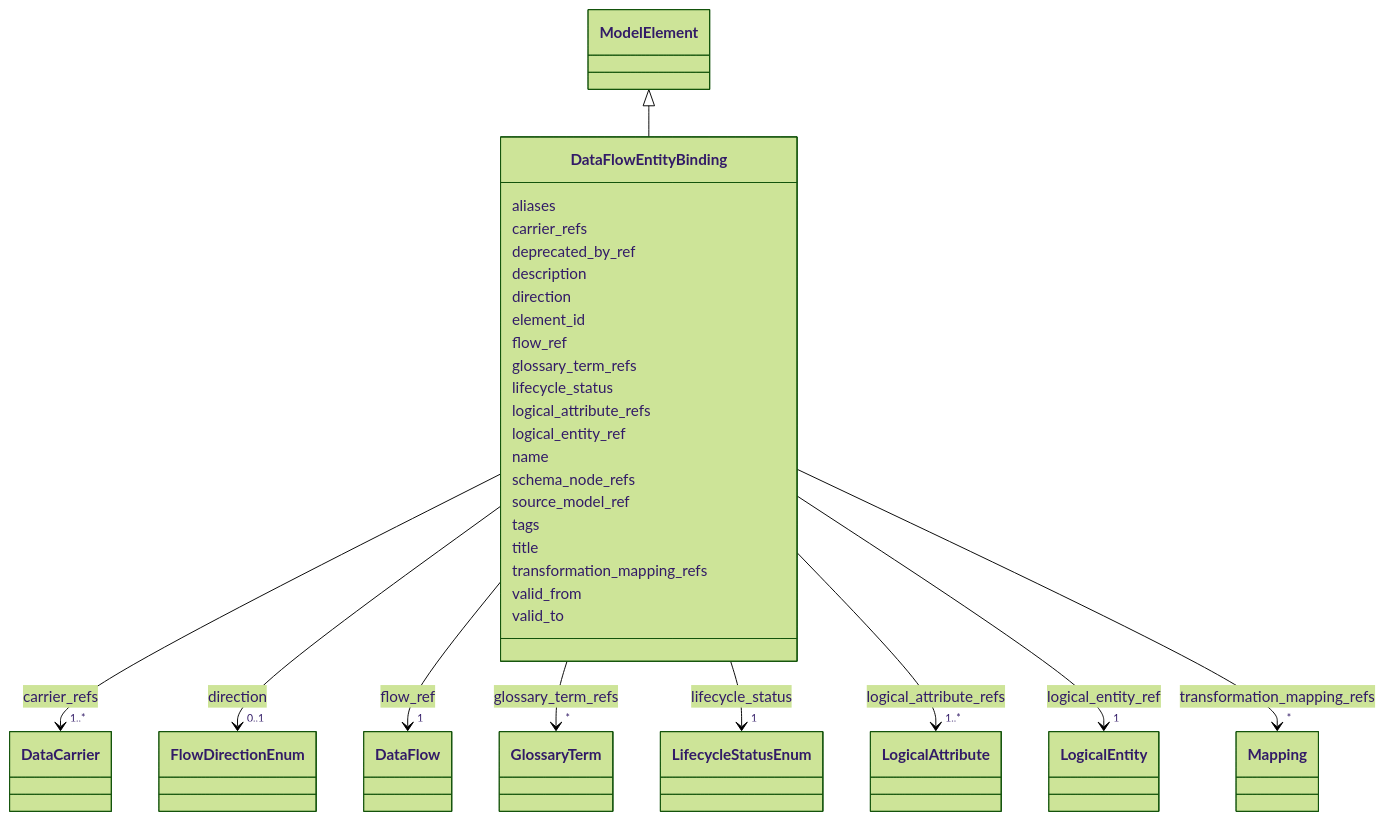
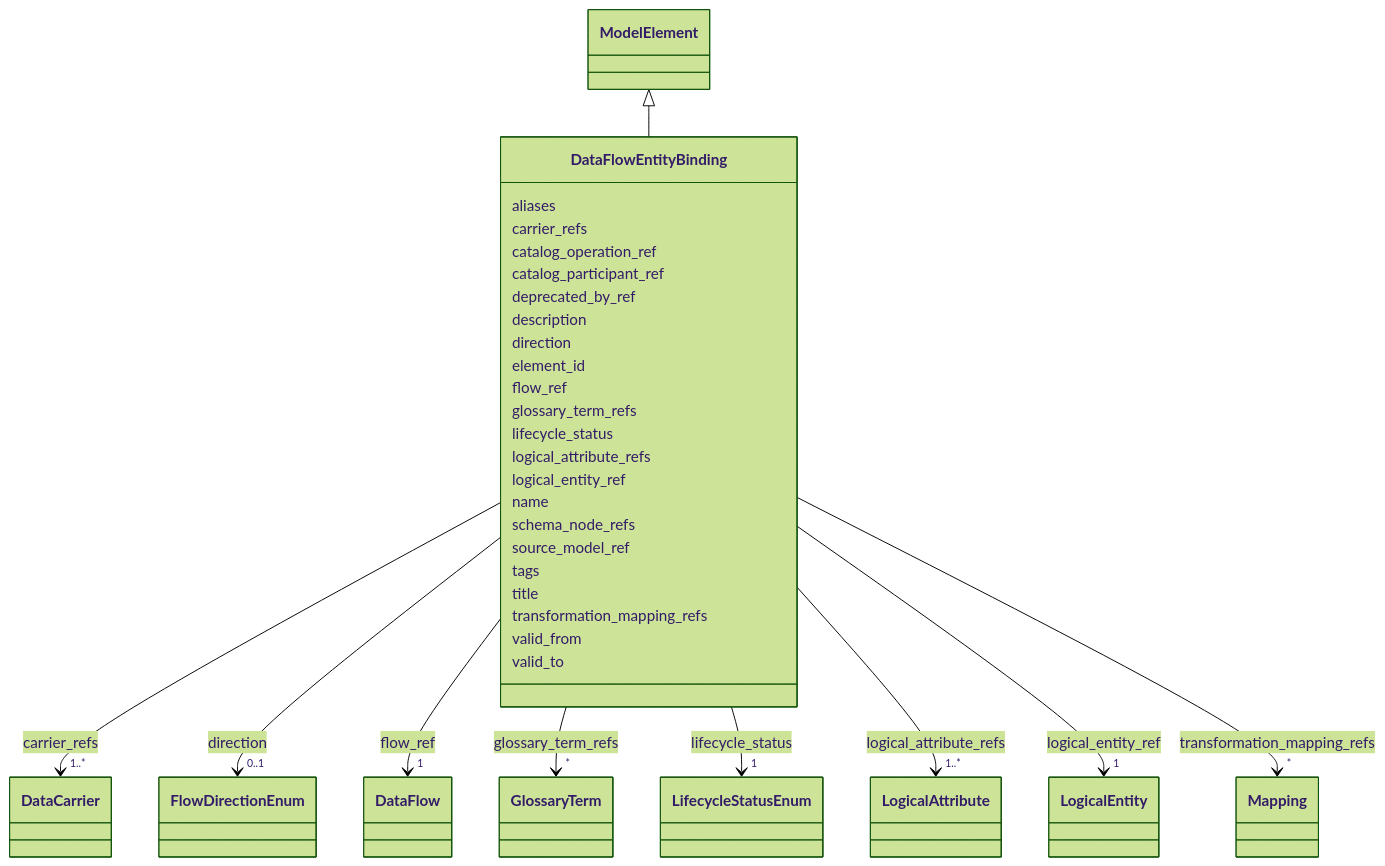
One commit to oista/moex-data-model changed the diagram in generated/artifacts/moex-dams/0.1/diagrams/DataFlowEntityBinding.md. Above: the diagram before and after it, drawn with Mermaid (forest theme). The commit also changed 27 other files, not shown here.

First line of the commit message:
feat(schema): additive topology ownership slots and moex-topology (PR-1)

```diff
--- a/generated/artifacts/moex-dams/0.1/diagrams/DataFlowEntityBinding.md
+++ b/generated/artifacts/moex-dams/0.1/diagrams/DataFlowEntityBinding.md
@@ -20,6 +20,10 @@
         click DataCarrier href "../DataCarrier"
     
 
+        
+      DataFlowEntityBinding : catalog_operation_ref
+        
+      DataFlowEntityBinding : catalog_participant_ref
         
       DataFlowEntityBinding : deprecated_by_ref
         
```
